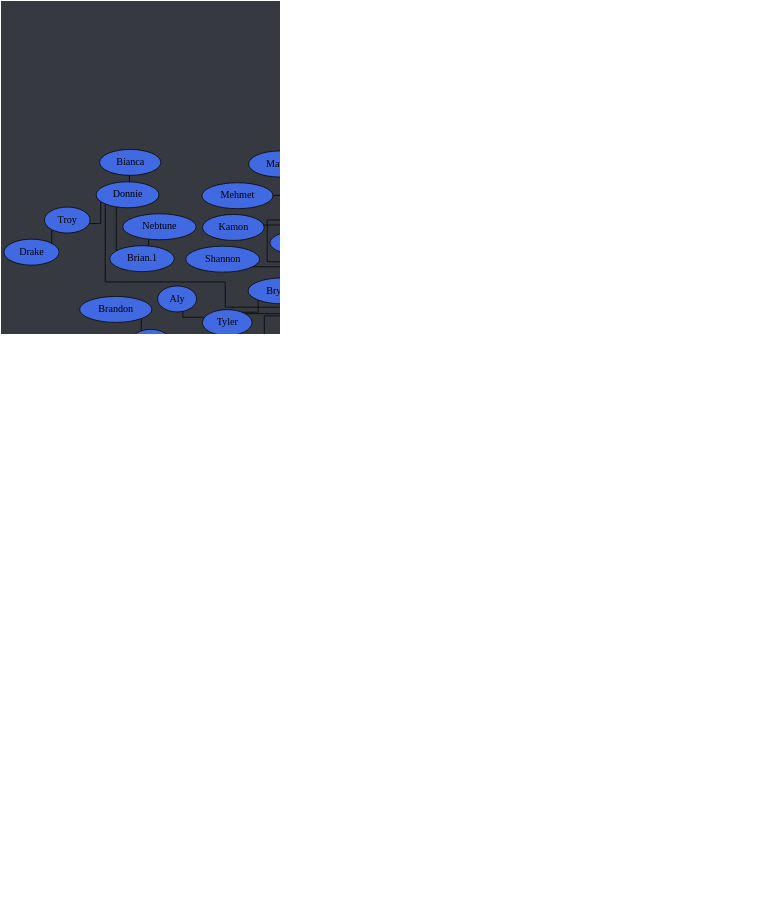
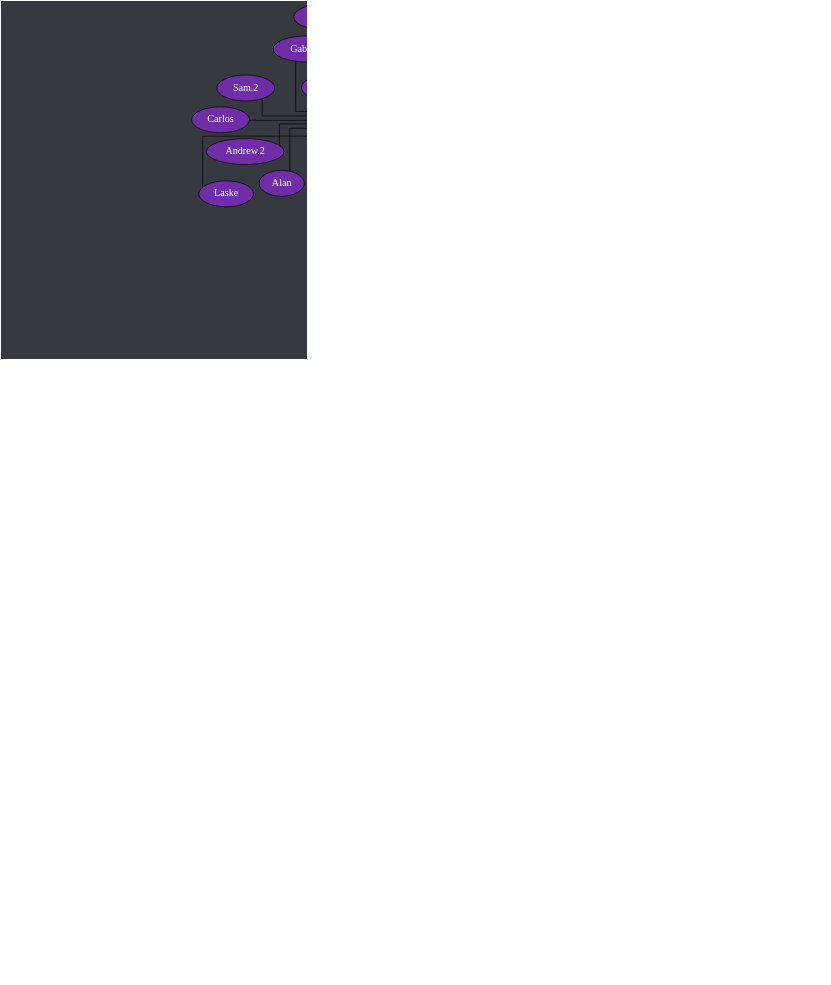
Before and after one commit to Documidas/CoronaCatzFamilyTree: the diagram in tree.dot, drawn with Graphviz. The commit also changed 1 other file, not shown here.

Commit message:
Move Da'Von to Thomas.1's tree

```diff
--- a/tree.dot
+++ b/tree.dot
@@ -1,191 +1,191 @@
 strict graph {
 	// Layout Configuration
 	layout = neato;
 	dpi = 200;
 	epsilon = 0.01;
 	mode = major;
 	model = subset;
 	overlap = false;
 	splines = ortho;
 	start = rand;
 
 	// Visual Configuration
 	graph [ truecolor=true bgcolor="#36393f" ];
 	node [ style=filled fillcolor="gray" fontcolor="black" ];
 
 	subgraph "Joel" {
 		node [ style=filled fillcolor="firebrick4" fontcolor="white" ];
 		Joel [ style=filled fillcolor="gold" fontcolor="black" ];
 
 		Cayla -- Ali;
 		Cayla -- Jonathan;
 		Cayla -- Kate;
 		Cayla -- Nick;
 		Cayla -- Ranger;
 		Joel -- Anders;
 		Joel -- Cayla;
 		Joel -- Conner;
 		Joel -- Jared;
 		Joel -- Kat;
 		Joel -- Patrick;
 		Joel -- Steven;
 	}
 
 	subgraph "Anders" {
 		node [ style=filled fillcolor="green4" fontcolor="white" ];
 		// Anders [ style=filled fillcolor="green4" fontcolor="white" ];
 
 		Anders -- Chiara;
 		Anders -- Cody;
 		Anders -- Cole;
 		Anders -- Daniel;
 		Anders -- Derek;
 		Anders -- DJ;
 		Anders -- Hahnur;
 		Anders -- Jen;
 		Anders -- "Matt.2";
 		Anders -- Solis;
 		Anders -- Will;
 		Anders -- Wyatt;
 		Anders -- Zach;
 		Anders -- Zack;
 	}
 
 	subgraph "Jared" {
 		node [ style=filled fillcolor="royalblue" fontcolor="black" ];
 		// Jared [ style=filled fillcolor="royalblue" fontcolor="black" ];
 
 		"Andrew.1" -- Hannah;
 		"Brian.1" -- Nebtune;
 		"Carter-1.0" -- Tom;
 		Donnie -- Bianca;
 		Donnie -- "Brian.1";
 		Donnie -- Troy;
 		Greg -- "Andrew.1";
 		Greg -- "Carter-1.0";
 		Greg -- Ina;
 		Greg -- "John Boi";
 		Greg -- Tails;
 		Greg -- Tanyon;
 		Hannah -- Raana;
 		Jared -- Brandi;
 		Jared -- Dave;
 		Jared -- Donnie;
 		Jared -- Fabi;
 		Jared -- "Jack.2";
 		Jared -- Kamon;
 		Jared -- Greg;
 		Jared -- Isabelle;
 		Jared -- Mason;
 		Jared -- "Matt.1";
 		Jared -- Mehmet;
 		Jared -- Nam;
 		Jared -- Pixie;
 		Jared -- Shannon;
 		Jared -- Spencer;
 		Jared -- Tommy;
 		Jared -- Tyler;
 		Jared -- "Zach/Laniakea";
 		Jared -- Zoe;
 		"John Boi" -- Hardie;
 		Tommy -- Danny;
 		Troy -- Drake;
 		Tyler -- Aly;
 		Tyler -- "Bryan.2";
 		Tyler -- Gaby;
 		Zoe -- Brandon;
 	}
 
 	subgraph "Zach/Laniakea" {
 		node [ style=filled fillcolor="#4eff2c" fontcolor="black" ];
 		// "Zach/Laniakea" [ style=filled fillcolor="#4eff2c" fontcolor="black" ];
 
 		"Caio.2" -- "Kyle.1";
 		"Caio.2" -- Lucas;
 		"Ryan/Des" -- Marcus;
 		"Ryan/Wenger" -- Gracie;
 		"Zach/Laniakea" -- Allen;
 		"Zach/Laniakea" -- "Caio.2";
 		"Zach/Laniakea" -- John;
 		"Zach/Laniakea" -- Logan;
 		"Zach/Laniakea" -- Kevin;
 		"Zach/Laniakea" -- "Kyle.0";
 		"Zach/Laniakea" -- Mike;
 		"Zach/Laniakea" -- "Ryan/Des";
 		"Zach/Laniakea" -- "Ryan/Wenger";
 	}
 
 	subgraph "John" {
 		node [ style=filled fillcolor="#c89b3c" fontcolor="black" ];
 		// John [ style=filled fillcolor="#c89b3c" fontcolor="black" ];
 
 		John -- Anna;
 		John -- Emily;
 		John -- Haber;
 		John -- Jay;
 		John -- "Jack.1";
 		John -- Lara;
 		John -- Monarch;
 		John -- Rakib;
 		John -- "Thomas.1";
 		Rakib -- Hazel;
 	}
 
 	subgraph "John-stream" {
 		// node [ style=filled fillcolor="#9147ff" fontcolor="black" ];
 		node [ style=filled fillcolor="#c89b3c" fontcolor="black" ];
 
 		John -- "Michael/Wheezy";
 	}
 
 	subgraph "Thomas.1" {
 		node [ style=filled fillcolor="#b04900" fontcolor="black" ];
 		// "Thomas.1" [ style=filled fillcolor="#b04900" fontcolor="black" ];
 
 		"Thomas.1" -- Ahmeed;
 		"Thomas.1" -- Alex;
 		"Thomas.1" -- Bob;
+		"Thomas.1" -- "Da'Von";
 		"Thomas.1" -- Dre;
 		"Thomas.1" -- JD;
 		"Thomas.1" -- Josh;
 		"Thomas.1" -- Juan;
 		"Thomas.1" -- Pat;
 		"Thomas.1" -- Taylor;
 		"Thomas.1" -- "Thomas.2";
 		"Thomas.1" -- "Tony.1";
 		"Thomas.1" -- "Tony.2";
 		"Thomas.1" -- Travis;
 	}
 
 	subgraph "Alex" {
 		node [ style=filled fillcolor="#6f2da8" fontcolor="white" ];
 		// Alex [ style=filled fillcolor="#6f2da8" fontcolor="black" ];
 
 		Alex -- "Alex/Blitt";
-		Alex -- "Da'Von";
 		Alex -- David;
 		Alex -- Sam;
 		"Alex/Blitt" -- Alan;
 		"Alex/Blitt" -- "Alex the 3rd";
 		"Alex/Blitt" -- "Andrew.2";
 		"Alex/Blitt" -- Brian;
 		"Alex/Blitt" -- Carlos;
 		"Alex/Blitt" -- Chris;
 		"Alex/Blitt" -- Gabriel;
 		"Alex/Blitt" -- "Kyle.3";
 		"Alex/Blitt" -- Laske;
 		"Alex/Blitt" -- Mikael;
 		"Alex/Blitt" -- "Ryan.1";
 		"Alex/Blitt" -- "Sam.2";
 		"Da'Von" -- "Andrew/Spook";
 		"Da'Von" -- Dalton;
 		"Da'Von" -- Jon;
 		"Da'Von" -- Karma;
 		"Da'Von" -- Ram;
 		"Da'Von" -- Zeller;
 		Dalton -- "Carter.2";
 		Dalton -- Graysen;
 		Gabriel -- "Ryan.2";
 		Zeller -- Sierra;
 	}
 }
```
